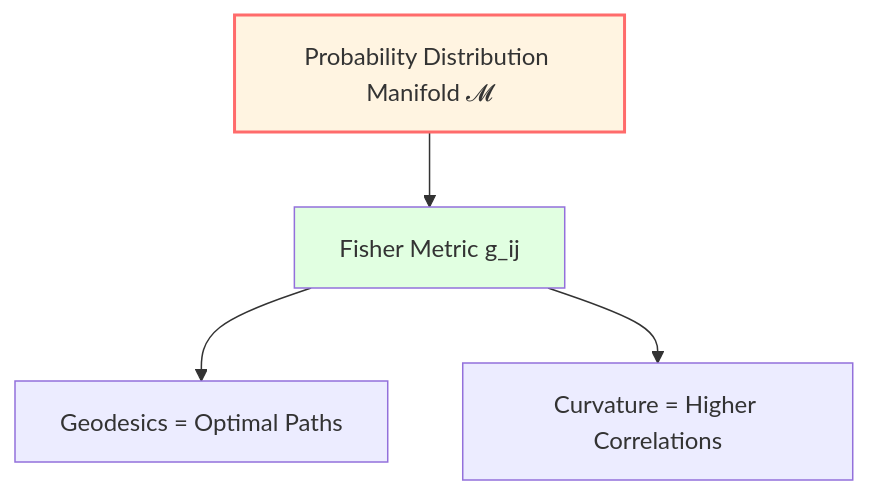
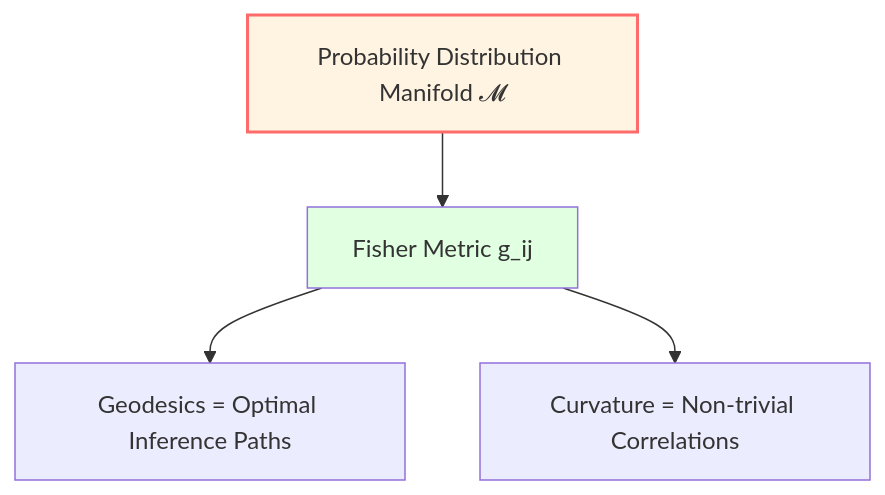
The third of 4 diagrams in docs/euler-article/gls-union/03-mathematical-tools/05-information-geometry_en.md (loning/zeckendorf-hilbert), drawn with Mermaid before and after one commit. The commit also changed other lines of this file and 111 other files, not shown here.

````diff
--- a/docs/euler-article/gls-union/03-mathematical-tools/05-information-geometry_en.md
+++ b/docs/euler-article/gls-union/03-mathematical-tools/05-information-geometry_en.md
@@ -114,9 +114,9 @@
 ```mermaid
 graph TB
     M["Probability Distribution Manifold 𝓜"] --> G["Fisher Metric g_ij"]
-    G --> D["Geodesics = Optimal Paths"]
-    G --> C["Curvature = Higher Correlations"]
+    G --> D["Geodesics = Optimal Inference Paths"]
+    G --> C["Curvature = Non-trivial Correlations"]
 
     style M fill:#fff4e1,stroke:#ff6b6b,stroke-width:2px
     style G fill:#e1ffe1
 ```
````
